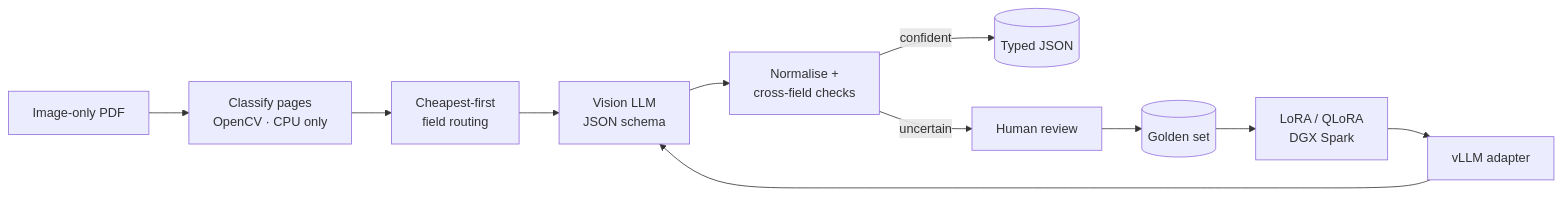
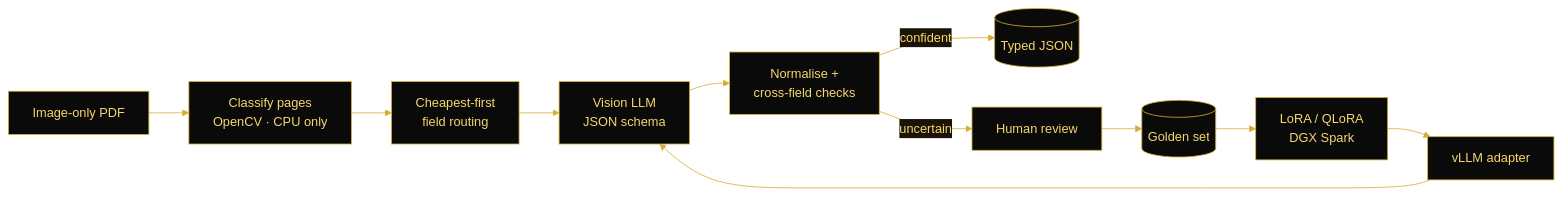
The diagram in README.md (mayhamayan748-eng/mayhamayan748-eng), drawn with Mermaid before and after one commit. The commit also changed other lines of this file, not shown here.

````diff
--- a/README.md
+++ b/README.md
@@ -75,13 +75,14 @@
 ```mermaid
+%%{init: {'theme':'base','themeVariables':{'primaryColor':'#0A0A0A','primaryTextColor':'#F5D76E','primaryBorderColor':'#D4AF37','lineColor':'#D4AF37','edgeLabelBackground':'#1A1408','fontFamily':'monospace'}}}%%
 flowchart LR
   P["Image-only PDF"] --> C["Classify pages<br/>OpenCV · CPU only"]
   C --> R["Cheapest-first<br/>field routing"]
   R --> V["Vision LLM<br/>JSON schema"]
   V --> N["Normalise +<br/>cross-field checks"]
   N -->|confident| J[("Typed JSON")]
   N -->|uncertain| H["Human review"]
   H --> G[("Golden set")]
   G --> L["LoRA / QLoRA<br/>DGX Spark"]
   L --> S["vLLM adapter"]
   S --> V
 ```
````
